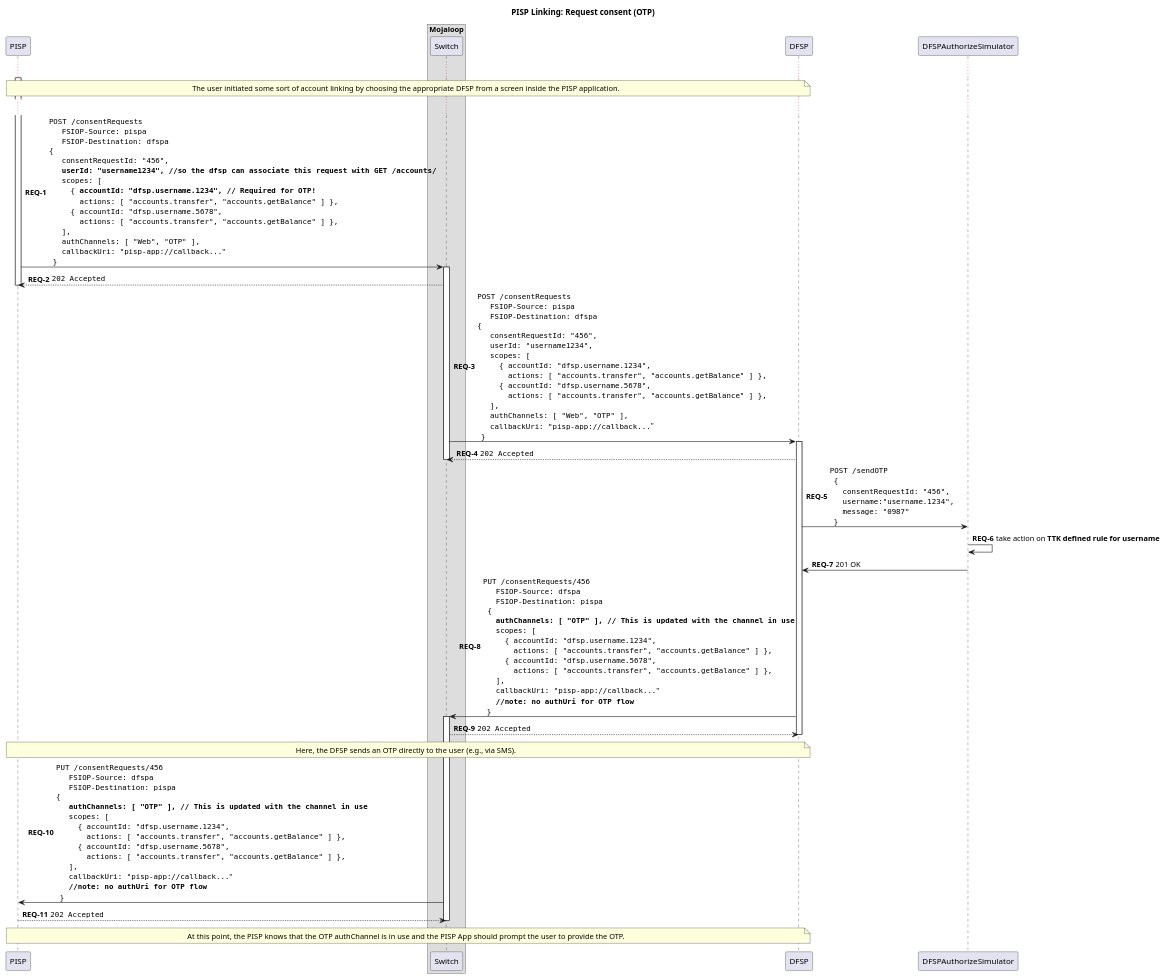
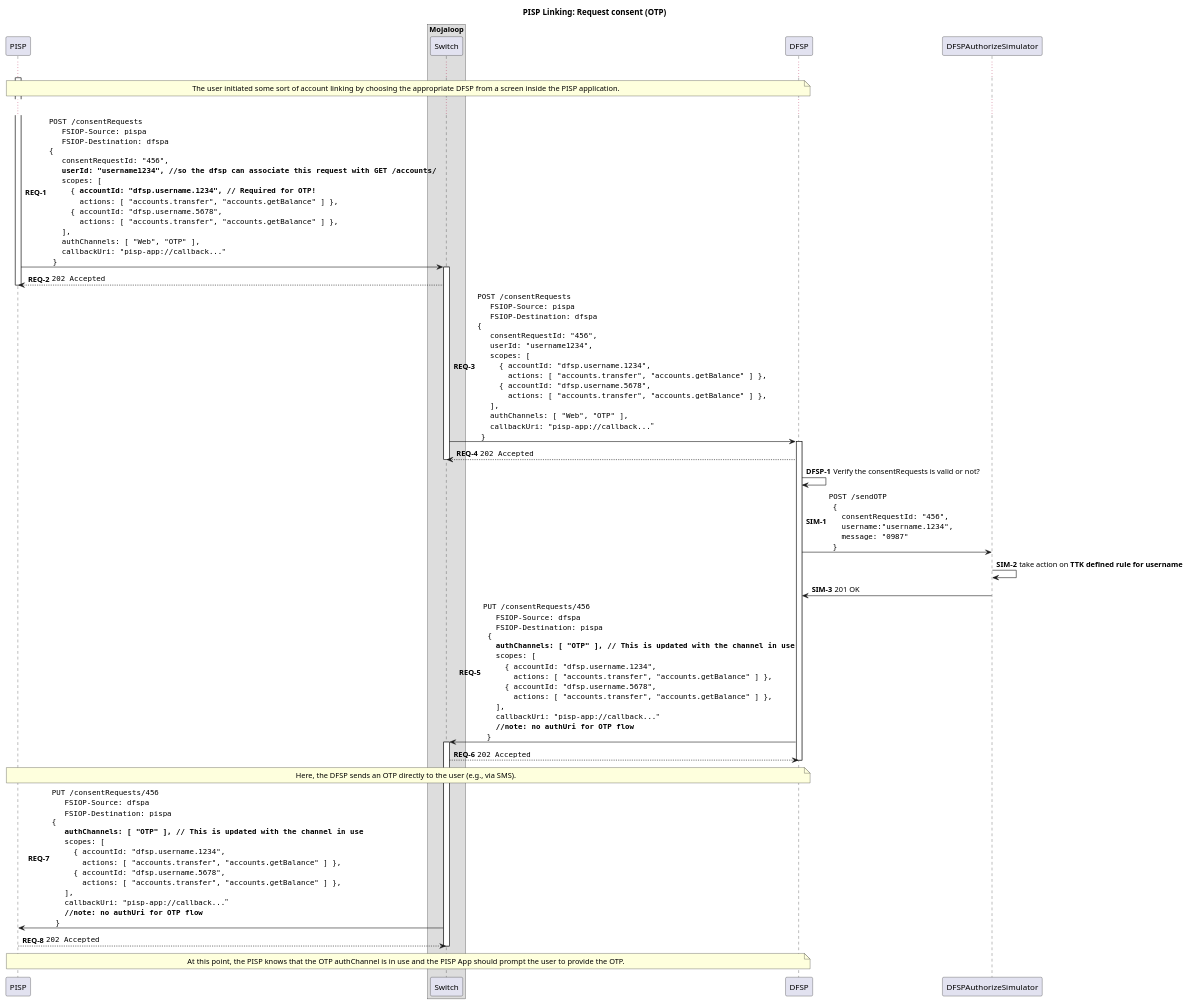
Before and after one commit to mojaloop/pisp-project: the diagram in docs/linking/2-request-consent-otp.puml, drawn with PlantUML. The commit also changed 15 other files, not shown here.

First line of the commit message:
test: add e2e tests for consentRequests (#131)

```diff
--- a/docs/linking/2-request-consent-otp.puml
+++ b/docs/linking/2-request-consent-otp.puml
@@ -1,114 +1,120 @@
 @startuml
 
 title PISP Linking: Request consent (OTP)
 
 participant "PISP" as PISP
 
 box "Mojaloop"
     participant Switch
 end box
 
 participant DFSP
 participant DFSPAuthorizeSimulator
 
 autonumber 1 "<b>REQ-#</b>"
 
 activate PISP
 
 ...
 
 note over PISP, DFSP
     The user initiated some sort of account linking by choosing the appropriate DFSP from a screen inside the PISP application.
 end note
 
 ...
 
 PISP -> Switch ++: ""POST /consentRequests""\n\
   ""  FSIOP-Source: pispa""\n\
   ""  FSIOP-Destination: dfspa""\n\
 ""{""\n\
   ""  consentRequestId: "456",""\n\
   ""  **userId: "username1234", //so the dfsp can associate this request with GET /accounts/**""\n\
   ""  scopes: [ ""\n\
   ""    { **accountId: "dfsp.username.1234", // Required for OTP!**""\n\
   ""      actions: [ "accounts.transfer", "accounts.getBalance" ] },""\n\
   ""    { accountId: "dfsp.username.5678",""\n\
   ""      actions: [ "accounts.transfer", "accounts.getBalance" ] },""\n\
   ""  ],""\n\
   ""  authChannels: [ "Web", "OTP" ],""\n\
   ""  callbackUri: "pisp-app://callback..."""\n\
   ""}""
 Switch --> PISP: ""202 Accepted""
 deactivate PISP
 
 Switch -> DFSP ++:  ""POST /consentRequests""\n\
   ""  FSIOP-Source: pispa""\n\
   ""  FSIOP-Destination: dfspa""\n\
 ""{""\n\
   ""  consentRequestId: "456",""\n\
   ""  userId: "username1234",""\n\
   ""  scopes: [ ""\n\
   ""    { accountId: "dfsp.username.1234",""\n\
   ""      actions: [ "accounts.transfer", "accounts.getBalance" ] },""\n\
   ""    { accountId: "dfsp.username.5678",""\n\
   ""      actions: [ "accounts.transfer", "accounts.getBalance" ] },""\n\
   ""  ],""\n\
   ""  authChannels: [ "Web", "OTP" ],""\n\
   ""  callbackUri: "pisp-app://callback..."""\n\
   ""}""
 DFSP --> Switch: ""202 Accepted""
 deactivate Switch
 
+autonumber 1 "<b>DFSP-#</b>"
+
+DFSP -> DFSP: Verify the consentRequests is valid or not?
+autonumber 1 "<b>SIM-#</b>"
+
 DFSP -> DFSPAuthorizeSimulator : ""POST /sendOTP""\n\
   ""{""\n\
   ""  consentRequestId: "456",""\n\
   ""  username:"username.1234", ""\n\
   ""  message: "0987" ""\n\
   ""}""
 
 DFSPAuthorizeSimulator -> DFSPAuthorizeSimulator: take action on **TTK defined rule for username**
 DFSPAuthorizeSimulator -> DFSP: 201 OK
+autonumber 5 "<b>REQ-#</b>"
 DFSP -> Switch ++: ""PUT /consentRequests/456""\n\
   ""  FSIOP-Source: dfspa""\n\
   ""  FSIOP-Destination: pispa""\n\
 "" {""\n\
   ""  **authChannels: [ "OTP" ], // This is updated with the channel in use**""\n\
   ""  scopes: [ ""\n\
   ""    { accountId: "dfsp.username.1234",""\n\
   ""      actions: [ "accounts.transfer", "accounts.getBalance" ] },""\n\
   ""    { accountId: "dfsp.username.5678",""\n\
   ""      actions: [ "accounts.transfer", "accounts.getBalance" ] },""\n\
   ""  ],""\n\
   ""  callbackUri: "pisp-app://callback..."""\n\
   ""  **//note: no authUri for OTP flow**""\n\
   ""}""
 Switch --> DFSP: ""202 Accepted""
 
 note over PISP, DFSP
   Here, the DFSP sends an OTP directly to the user (e.g., via SMS).
 end note
 
 deactivate DFSP
 
 Switch -> PISP: ""PUT /consentRequests/456""\n\
   ""  FSIOP-Source: dfspa""\n\
   ""  FSIOP-Destination: pispa""\n\
 ""{""\n\
   ""  **authChannels: [ "OTP" ], // This is updated with the channel in use**""\n\
   ""  scopes: [ ""\n\
   ""    { accountId: "dfsp.username.1234",""\n\
   ""      actions: [ "accounts.transfer", "accounts.getBalance" ] },""\n\
   ""    { accountId: "dfsp.username.5678",""\n\
   ""      actions: [ "accounts.transfer", "accounts.getBalance" ] },""\n\
   ""  ],""\n\
   ""  callbackUri: "pisp-app://callback..."""\n\
   ""  **//note: no authUri for OTP flow**""\n\
   ""}""
 PISP --> Switch: ""202 Accepted""
 deactivate Switch
 
 note over PISP, DFSP
   At this point, the PISP knows that the OTP authChannel is in use and the PISP App should prompt the user to provide the OTP.
 end note
 
 @enduml
```
